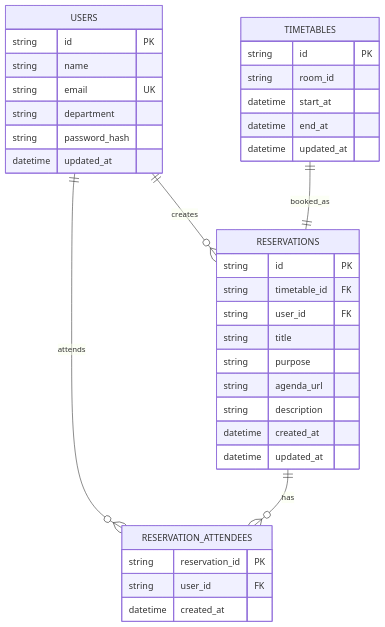
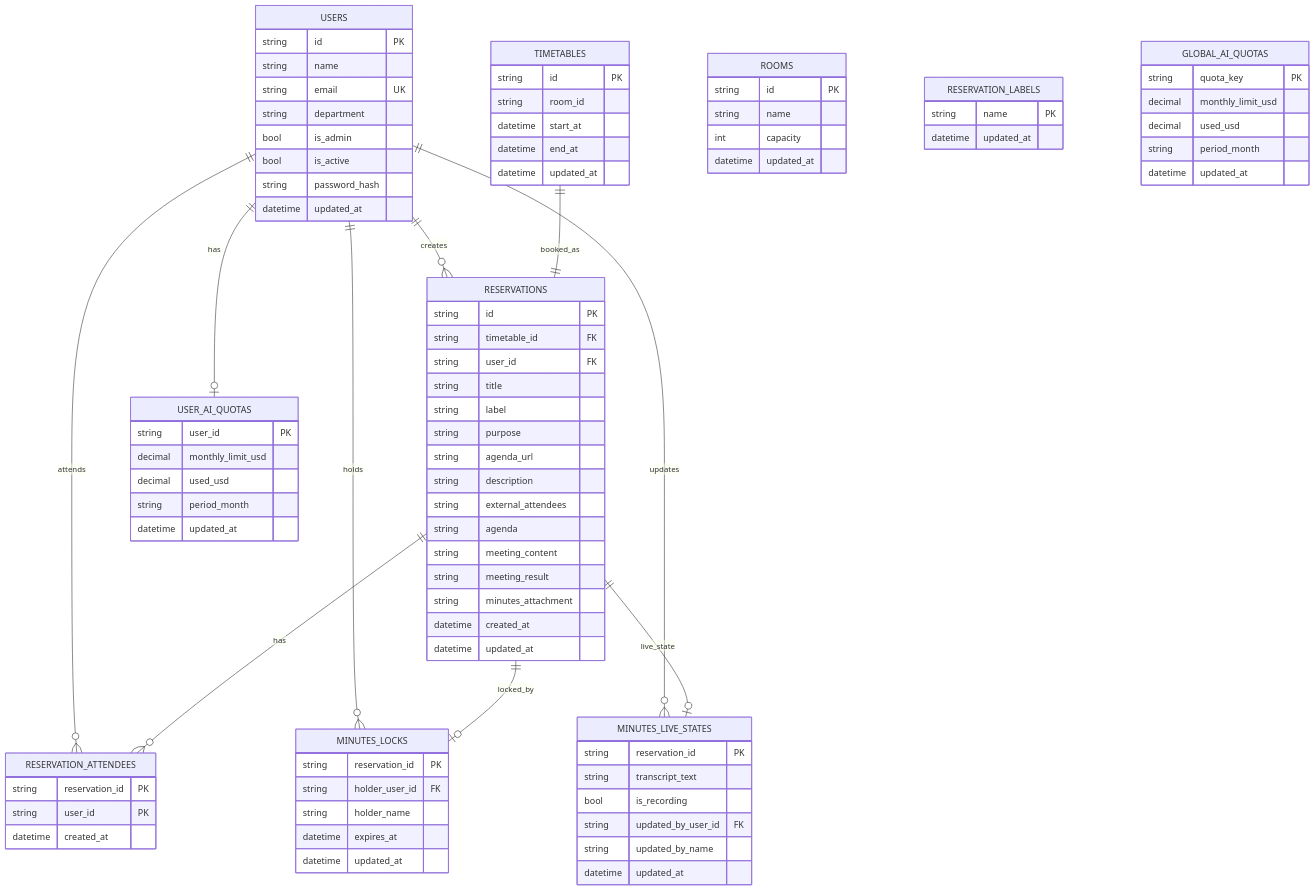
Before and after one commit to yuunicode/roombook: the diagram in docs/database/erd.md, drawn with Mermaid. The commit also changed other lines of this file and 34 other files, not shown here.

````diff
--- a/docs/database/erd.md
+++ b/docs/database/erd.md
@@ -9,14 +9,28 @@
 erDiagram
     USERS ||--o{ RESERVATIONS : creates
     USERS ||--o{ RESERVATION_ATTENDEES : attends
+    USERS ||--o| USER_AI_QUOTAS : has
+    USERS ||--o{ MINUTES_LOCKS : holds
+    USERS ||--o{ MINUTES_LIVE_STATES : updates
     TIMETABLES ||--|| RESERVATIONS : booked_as
     RESERVATIONS ||--o{ RESERVATION_ATTENDEES : has
+    RESERVATIONS ||--o| MINUTES_LOCKS : locked_by
+    RESERVATIONS ||--o| MINUTES_LIVE_STATES : live_state
+
+    ROOMS {
+        string id PK
+        string name
+        int capacity
+        datetime updated_at
+    }
 
     USERS {
         string id PK
         string name
         string email UK
         string department
+        bool is_admin
+        bool is_active
         string password_hash
         datetime updated_at
     }
@@ -34,16 +48,60 @@
         string timetable_id FK
         string user_id FK
         string title
+        string label
         string purpose
         string agenda_url
         string description
+        string external_attendees
+        string agenda
+        string meeting_content
+        string meeting_result
+        string minutes_attachment
         datetime created_at
         datetime updated_at
     }
 
     RESERVATION_ATTENDEES {
         string reservation_id PK
-        string user_id FK
+        string user_id PK
         datetime created_at
     }
+
+    RESERVATION_LABELS {
+        string name PK
+        datetime updated_at
+    }
+
+    MINUTES_LOCKS {
+        string reservation_id PK
+        string holder_user_id FK
+        string holder_name
+        datetime expires_at
+        datetime updated_at
+    }
+
+    MINUTES_LIVE_STATES {
+        string reservation_id PK
+        string transcript_text
+        bool is_recording
+        string updated_by_user_id FK
+        string updated_by_name
+        datetime updated_at
+    }
+
+    USER_AI_QUOTAS {
+        string user_id PK
+        decimal monthly_limit_usd
+        decimal used_usd
+        string period_month
+        datetime updated_at
+    }
+
+    GLOBAL_AI_QUOTAS {
+        string quota_key PK
+        decimal monthly_limit_usd
+        decimal used_usd
+        string period_month
+        datetime updated_at
+    }
 ```
````
